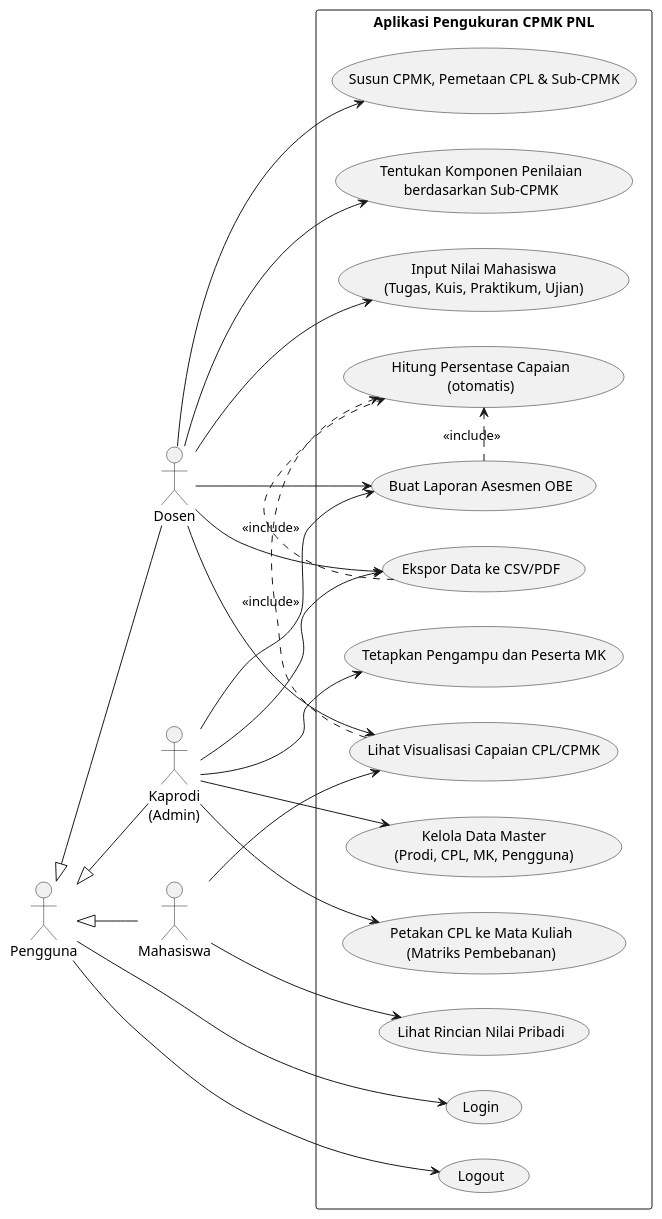
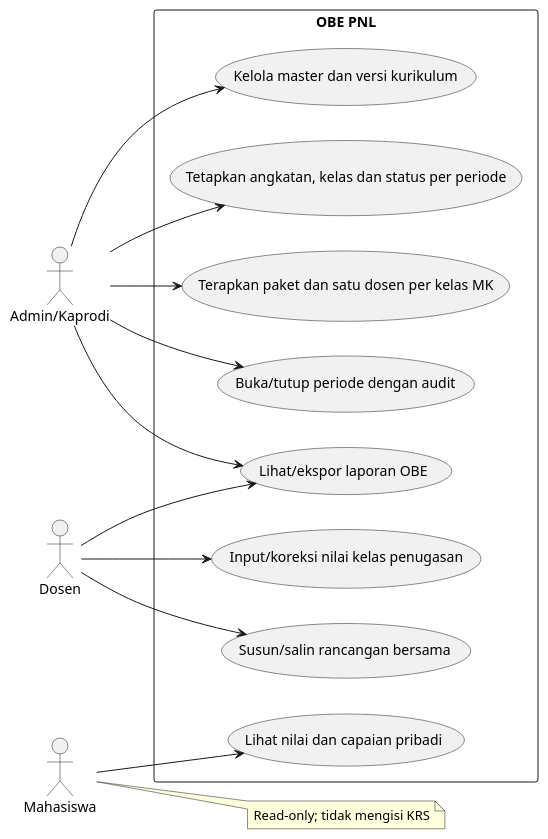
The fourth of 5 diagrams in SCHEMA.md (fyou00/pnl-obe), drawn with PlantUML before and after one commit. The commit also changed other lines of this file and 45 other files, not shown here.

Commit message:
feat: bootstrap FastAPI backend with academic schema and JWT RBAC

````diff
--- a/SCHEMA.md
+++ b/SCHEMA.md
@@ -422,55 +371,28 @@
 ```plantuml
 @startuml
 left to right direction
-skinparam packageStyle rectangle
-
-actor "Pengguna" as User
-actor "Dosen" as Dosen
-actor "Kaprodi\n(Admin)" as Kaprodi
-actor "Mahasiswa" as Mahasiswa
-
-User <|-- Dosen
-User <|-- Kaprodi
-User <|-- Mahasiswa
-
-rectangle "Aplikasi Pengukuran CPMK PNL" {
-  usecase "Tetapkan Pengampu dan Peserta MK" as UC_KRS
-  usecase "Lihat Rincian Nilai Pribadi" as UC_Nilai
-  usecase "Login" as UC1
-  usecase "Logout" as UC2
-
-  usecase "Kelola Data Master\n(Prodi, CPL, MK, Pengguna)" as UC3
-  usecase "Petakan CPL ke Mata Kuliah\n(Matriks Pembebanan)" as UC_Map
-  usecase "Susun CPMK, Pemetaan CPL & Sub-CPMK" as UC4
-  usecase "Tentukan Komponen Penilaian\nberdasarkan Sub-CPMK" as UC5
-  usecase "Input Nilai Mahasiswa\n(Tugas, Kuis, Praktikum, Ujian)" as UC6
-  usecase "Lihat Visualisasi Capaian CPL/CPMK" as UC7
-  usecase "Buat Laporan Asesmen OBE" as UC8
-  usecase "Ekspor Data ke CSV/PDF" as UC9
-  usecase "Hitung Persentase Capaian\n(otomatis)" as UC10
+actor "Admin/Kaprodi" as A
+actor Dosen as D
+actor Mahasiswa as M
+rectangle "OBE PNL" {
+ usecase "Kelola master dan versi kurikulum" as U1
+ usecase "Tetapkan angkatan, kelas dan status per periode" as U2
+ usecase "Terapkan paket dan satu dosen per kelas MK" as U3
+ usecase "Buka/tutup periode dengan audit" as U4
+ usecase "Susun/salin rancangan bersama" as U5
+ usecase "Input/koreksi nilai kelas penugasan" as U6
+ usecase "Lihat/ekspor laporan OBE" as U7
+ usecase "Lihat nilai dan capaian pribadi" as U8
 }
-
-User --> UC1
-User --> UC2
-
-Kaprodi --> UC_KRS
-Kaprodi --> UC3
-Kaprodi --> UC_Map
-Kaprodi --> UC8
-Kaprodi --> UC9
-
-Dosen --> UC4
-Dosen --> UC5
-Dosen --> UC6
-Dosen --> UC7
-Dosen --> UC8
-Dosen --> UC9
-
-Mahasiswa --> UC7
-Mahasiswa --> UC_Nilai
-
-UC7 .> UC10 : <<include>>
-UC8 .> UC10 : <<include>>
-UC9 .> UC10 : <<include>>
+A --> U1
+A --> U2
+A --> U3
+A --> U4
+A --> U7
+D --> U5
+D --> U6
+D --> U7
+M --> U8
+note right of M : Read-only; tidak mengisi KRS
 @enduml
 ```
````
